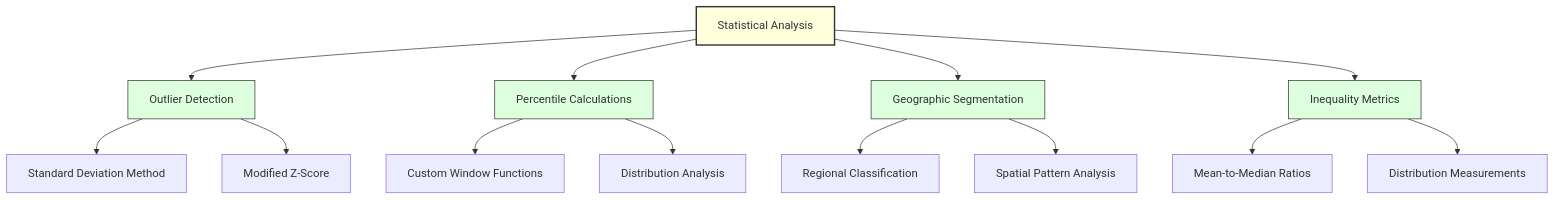
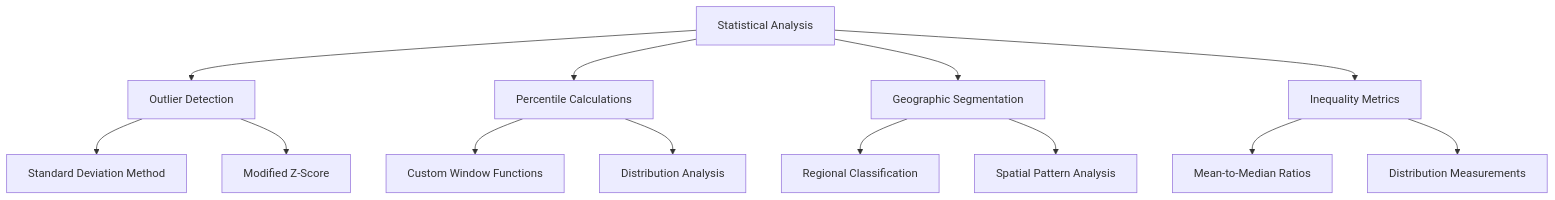
Before and after one commit to tzolkowski96/tzolkowski96: the third of 9 diagrams in us-household-income-analysis/README.md, drawn with Mermaid. The commit also changed other lines of this file, not shown here.

````diff
--- a/us-household-income-analysis/README.md
+++ b/us-household-income-analysis/README.md
@@ -167,25 +154,19 @@
 ```mermaid
-graph TD
+flowchart TD
     A[Statistical Analysis] --> B[Outlier Detection]
     A --> C[Percentile Calculations]
     A --> D[Geographic Segmentation]
     A --> E[Inequality Metrics]
     
     B --> B1[Standard Deviation Method]
     B --> B2[Modified Z-Score]
     
     C --> C1[Custom Window Functions]
     C --> C2[Distribution Analysis]
     
     D --> D1[Regional Classification]
     D --> D2[Spatial Pattern Analysis]
     
     E --> E1[Mean-to-Median Ratios]
     E --> E2[Distribution Measurements]
-    
-    style A fill:#ffd,stroke:#333,stroke-width:2px
-    style B fill:#dfd,stroke:#333
-    style C fill:#dfd,stroke:#333
-    style D fill:#dfd,stroke:#333
-    style E fill:#dfd,stroke:#333
 ```
````
